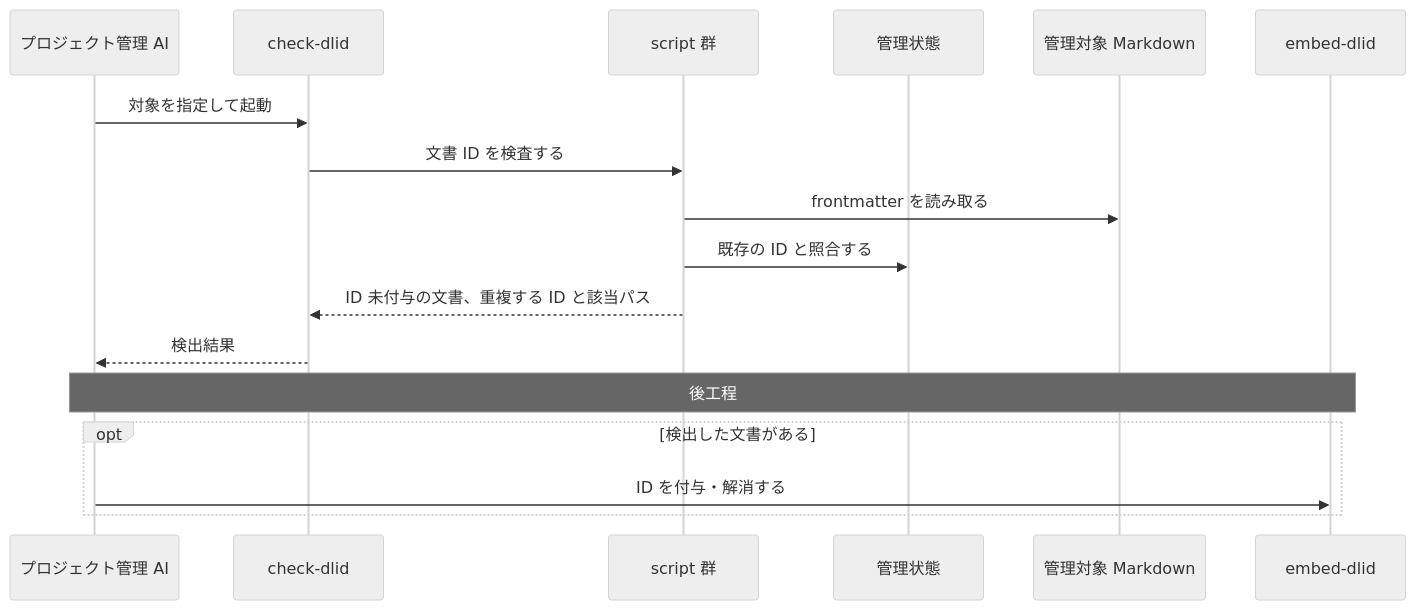
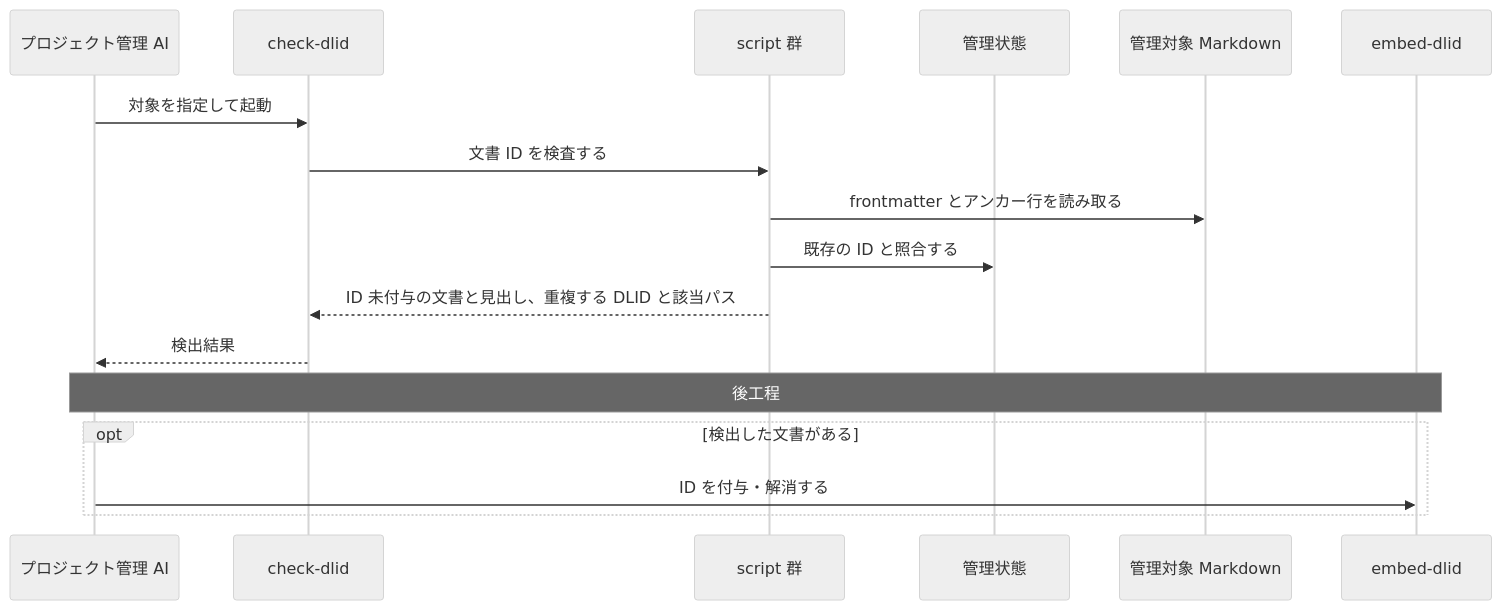
Before and after one commit to BlueEventHorizon/doc-link: the fifth of 8 diagrams in docs/specs/design/DES-010-skill-composition.md, drawn with Mermaid (neutral theme). The commit also changed other lines of this file and 15 other files, not shown here.

````diff
--- a/docs/specs/design/DES-010-skill-composition.md
+++ b/docs/specs/design/DES-010-skill-composition.md
@@ -238,20 +238,20 @@
 ```mermaid
 sequenceDiagram
     participant PM as プロジェクト管理 AI
     participant Skill as check-dlid
     participant Scripts as script 群
     participant DB as 管理状態
     participant Docs as 管理対象 Markdown
     participant Embed as embed-dlid
 
     PM->>Skill: 対象を指定して起動
     Skill->>Scripts: 文書 ID を検査する
-    Scripts->>Docs: frontmatter を読み取る
+    Scripts->>Docs: frontmatter とアンカー行を読み取る
     Scripts->>DB: 既存の ID と照合する
-    Scripts-->>Skill: ID 未付与の文書、重複する ID と該当パス
+    Scripts-->>Skill: ID 未付与の文書と見出し、重複する DLID と該当パス
     Skill-->>PM: 検出結果
     Note over PM,Embed: 後工程
     opt 検出した文書がある
         PM->>Embed: ID を付与・解消する
     end
 ```
````
